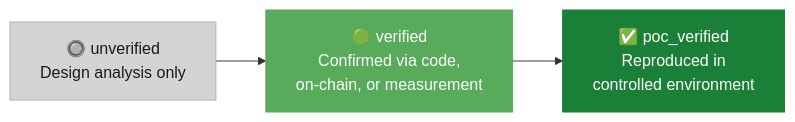
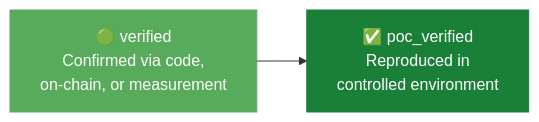
The diagram in methodology/verification.md (jyo-o/bonda-docs), drawn with Mermaid before and after one commit. The commit also changed other lines of this file and 3 other files, not shown here.

````diff
--- a/methodology/verification.md
+++ b/methodology/verification.md
@@ -17,12 +16,10 @@
 ```mermaid
 flowchart LR
-    U["🔘 unverified<br/>Design analysis only"]
     V["🟢 verified<br/>Confirmed via code,<br/>on-chain, or measurement"]
     P["✅ poc_verified<br/>Reproduced in<br/>controlled environment"]
 
-    U --> V --> P
+    V --> P
 
-    style U fill:#d4d4d4,color:#1a1a1a,stroke:#b0b0b0
     style V fill:#57ab5a,color:#fff,stroke:#57ab5a
     style P fill:#1a7f37,color:#fff,stroke:#1a7f37
 ```
````
